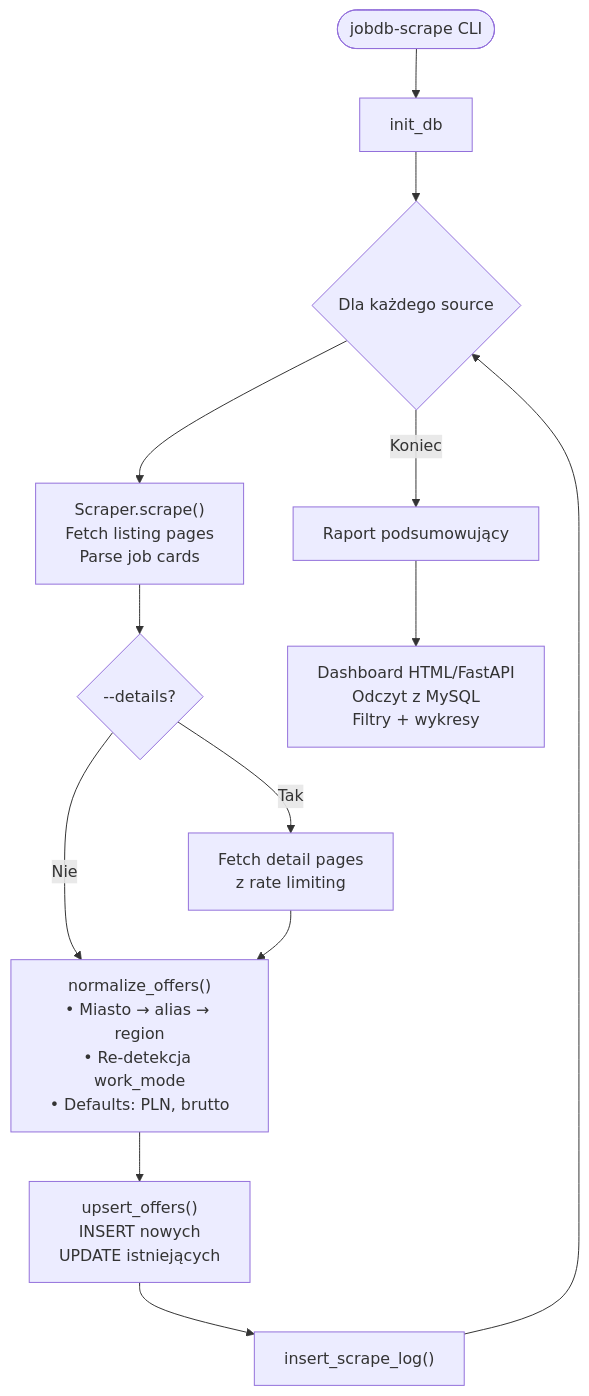
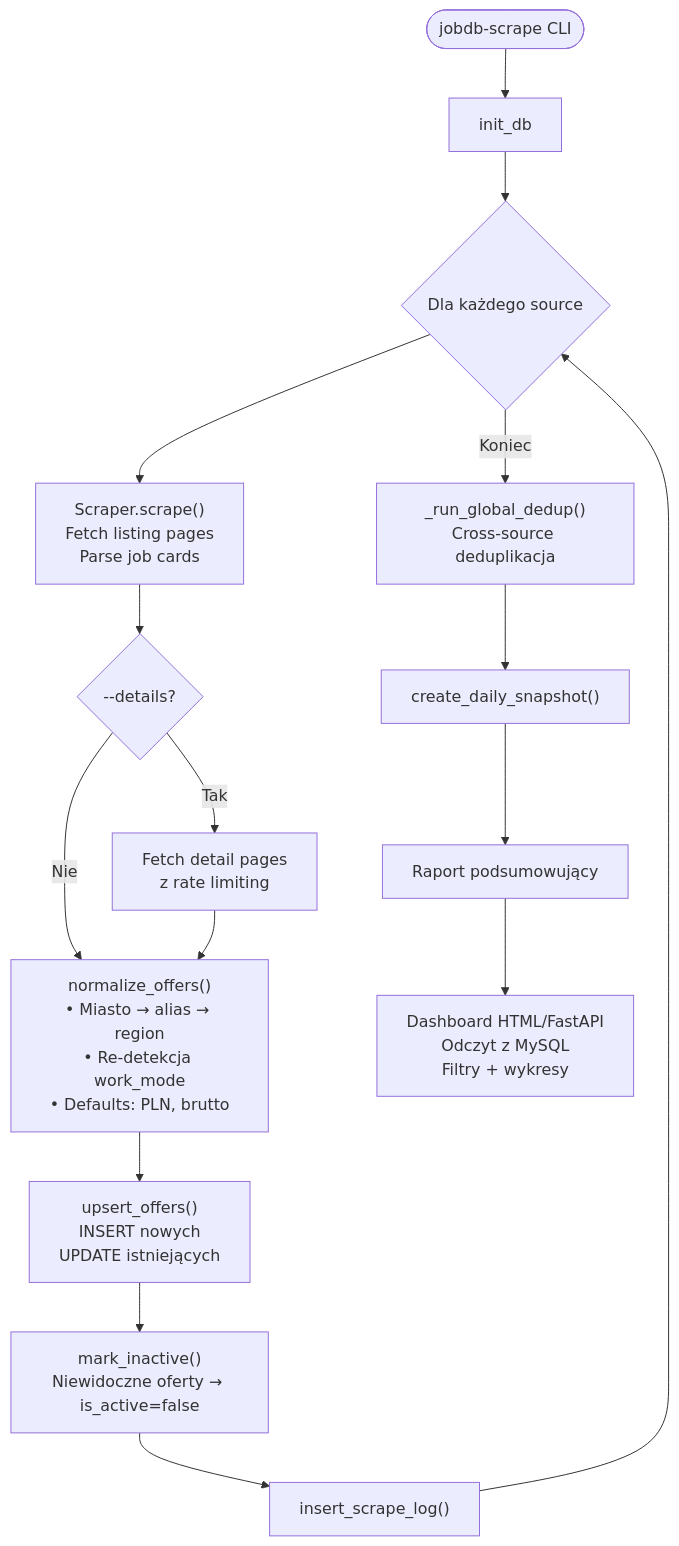
One commit to mkonefal2/jobDB changed the second of 2 diagrams in docs/PROJECT_DESIGN.md. Above: the diagram before and after it, drawn with Mermaid. The commit also changed other lines of this file and 3 other files, not shown here.

````diff
--- a/docs/PROJECT_DESIGN.md
+++ b/docs/PROJECT_DESIGN.md
@@ -336,24 +348,28 @@
 ```mermaid
 flowchart TD
     START([jobdb-scrape CLI]) --> INIT[init_db]
     INIT --> LOOP{Dla każdego source}
 
     LOOP --> SCRAPE["Scraper.scrape()<br/>Fetch listing pages<br/>Parse job cards"]
     SCRAPE --> DETAIL{"--details?"}
     DETAIL -->|Tak| FETCH["Fetch detail pages<br/>z rate limiting"]
     DETAIL -->|Nie| NORM
     FETCH --> NORM
 
     NORM["normalize_offers()<br/>• Miasto → alias → region<br/>• Re-detekcja work_mode<br/>• Defaults: PLN, brutto"]
 
     NORM --> UPSERT["upsert_offers()<br/>INSERT nowych<br/>UPDATE istniejących"]
 
-    UPSERT --> LOG["insert_scrape_log()"]
+    UPSERT --> INACTIVE["mark_inactive()<br/>Niewidoczne oferty → is_active=false"]
+
+    INACTIVE --> LOG["insert_scrape_log()"]
     LOG --> LOOP
 
-    LOOP -->|Koniec| REPORT[Raport podsumowujący]
+    LOOP -->|Koniec| DEDUP["_run_global_dedup()<br/>Cross-source deduplikacja"]
+    DEDUP --> SNAPSHOT["create_daily_snapshot()"]
+    SNAPSHOT --> REPORT[Raport podsumowujący]
 
     REPORT --> DASHBOARD["Dashboard HTML/FastAPI<br/>Odczyt z MySQL<br/>Filtry + wykresy"]
 
     style DETAIL diamond
 ```
````
